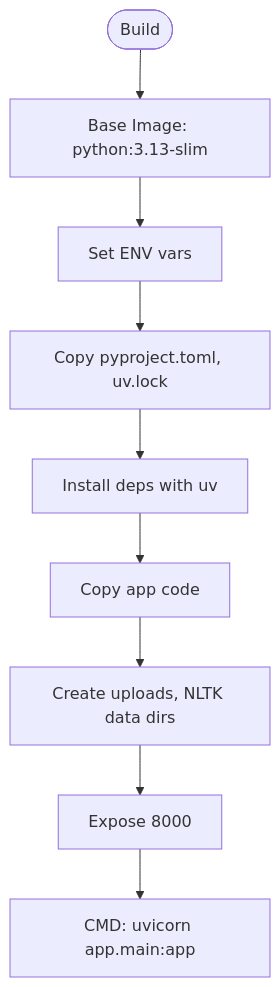
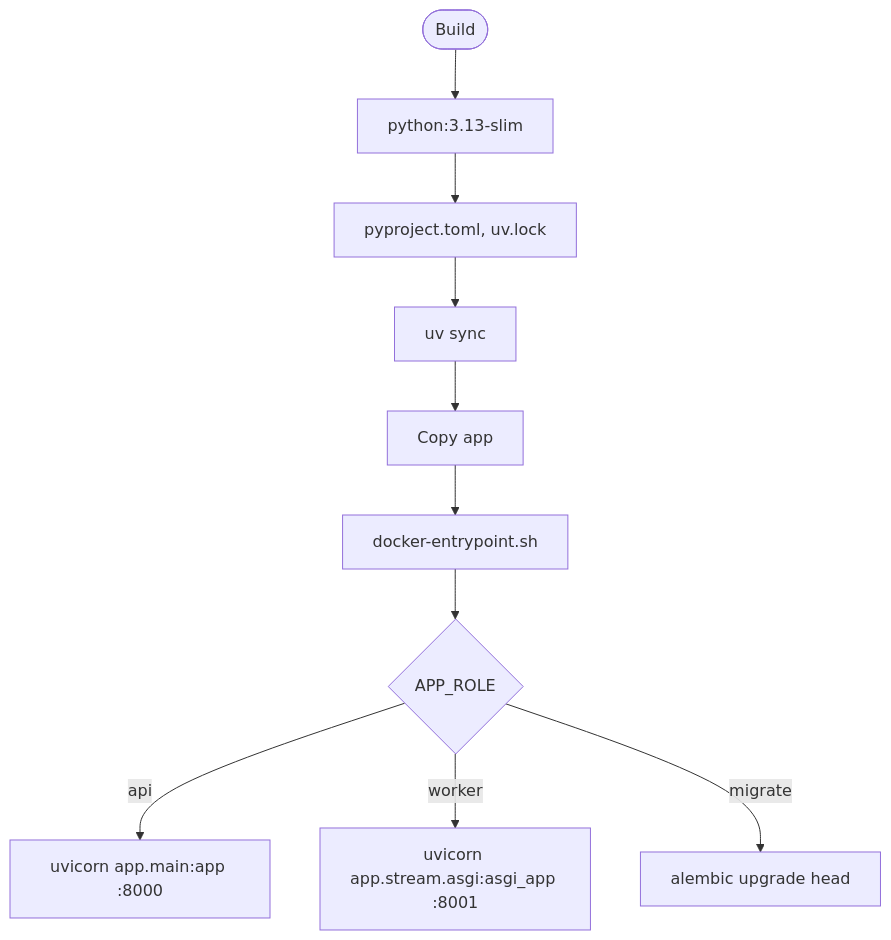
The third of 8 diagrams in src/data/docs/talentsync/Architecture Overview/Deployment Architecture.md (tashifkhan/tashif.codes), drawn with Mermaid before and after one commit. The commit also changed other lines of this file and 2128 other files, not shown here.

First line of the commit message:
docs: replace raster diagram images with native Mermaid across project guides

````diff
--- a/src/data/docs/talentsync/Architecture Overview/Deployment Architecture.md
+++ b/src/data/docs/talentsync/Architecture Overview/Deployment Architecture.md
@@ -86,11 +98,12 @@
 ```mermaid
 flowchart TD
-Start(["Build"]) --> Base["Base Image: python:3.13-slim"]
-Base --> Env["Set ENV vars"]
-Env --> CopyManifests["Copy pyproject.toml, uv.lock"]
-CopyManifests --> InstallDeps["Install deps with uv"]
-InstallDeps --> CopyCode["Copy app code"]
-CopyCode --> PrepareDirs["Create uploads, NLTK data dirs"]
-PrepareDirs --> ExposePort["Expose 8000"]
-ExposePort --> CMD["CMD: uvicorn app.main:app"]
+Start(["Build"]) --> Base["python:3.13-slim"]
+Base --> CopyManifests["pyproject.toml, uv.lock"]
+CopyManifests --> InstallDeps["uv sync"]
+InstallDeps --> CopyCode["Copy app"]
+CopyCode --> Entry["docker-entrypoint.sh"]
+Entry --> Role{"APP_ROLE"}
+Role --> |api| API["uvicorn app.main:app :8000"]
+Role --> |worker| W["uvicorn app.stream.asgi:asgi_app :8001"]
+Role --> |migrate| M["alembic upgrade head"]
 ```
````
